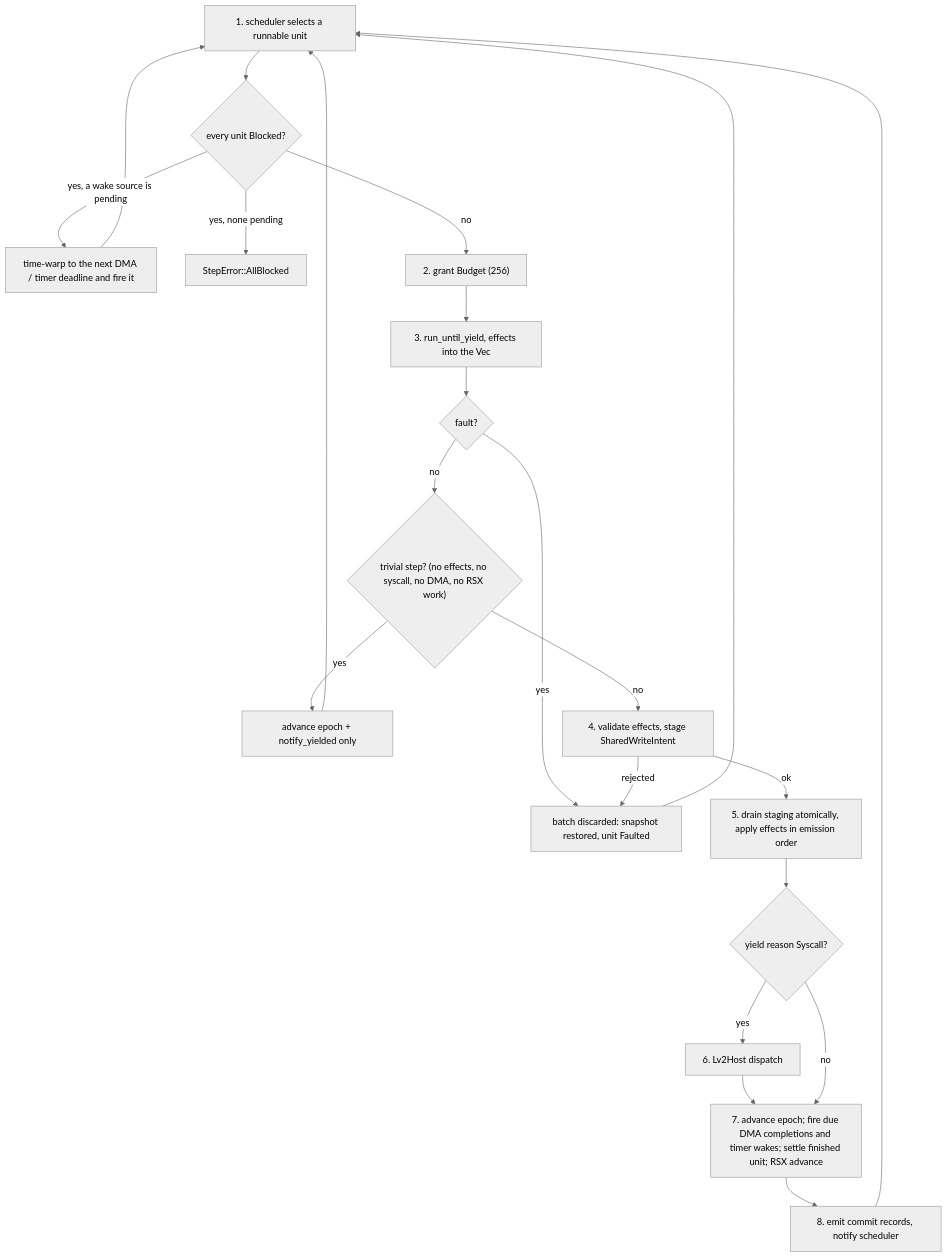
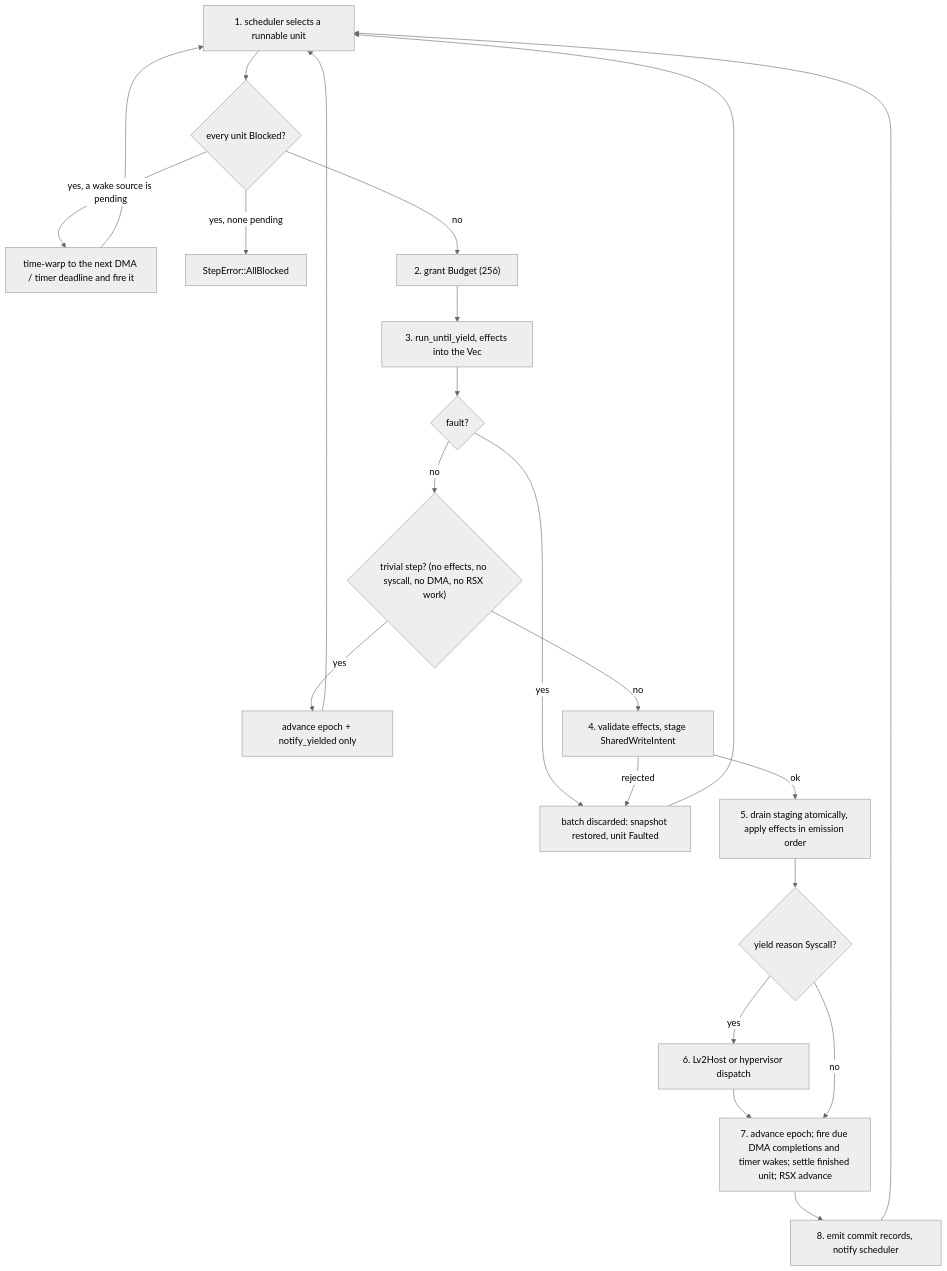
One commit to RoyalAce22/CellGov changed the diagram in docs/architecture/runtime_pipeline.md. Above: the diagram before and after it, drawn with Mermaid (neutral theme). The commit also changed other lines of this file and 94 other files, not shown here.

````diff
--- a/docs/architecture/runtime_pipeline.md
+++ b/docs/architecture/runtime_pipeline.md
@@ -39,18 +39,18 @@
 ```mermaid
 flowchart TD
   sel["1. scheduler selects a runnable unit"] --> allb{"every unit Blocked?"}
   allb -->|"yes, a wake source is pending"| warp["time-warp to the next DMA / timer deadline and fire it"] --> sel
   allb -->|"yes, none pending"| stall["StepError::AllBlocked"]
   allb -->|no| budget["2. grant Budget (256)"] --> run["3. run_until_yield, effects into the Vec"]
   run --> fault{"fault?"}
   fault -->|yes| discard["batch discarded: snapshot restored, unit Faulted"] --> sel
   fault -->|no| triv{"trivial step? (no effects, no syscall, no DMA, no RSX work)"}
   triv -->|yes| fast["advance epoch + notify_yielded only"] --> sel
   triv -->|no| val["4. validate effects, stage SharedWriteIntent"]
   val -->|rejected| discard
   val -->|ok| drain["5. drain staging atomically, apply effects in emission order"]
   drain --> sc{"yield reason Syscall?"}
-  sc -->|yes| lv2["6. Lv2Host dispatch"] --> epoch
+  sc -->|yes| lv2["6. Lv2Host or hypervisor dispatch"] --> epoch
   sc -->|no| epoch["7. advance epoch; fire due DMA completions and timer wakes; settle finished unit; RSX advance"]
   epoch --> rec["8. emit commit records, notify scheduler"] --> sel
 ```
````
